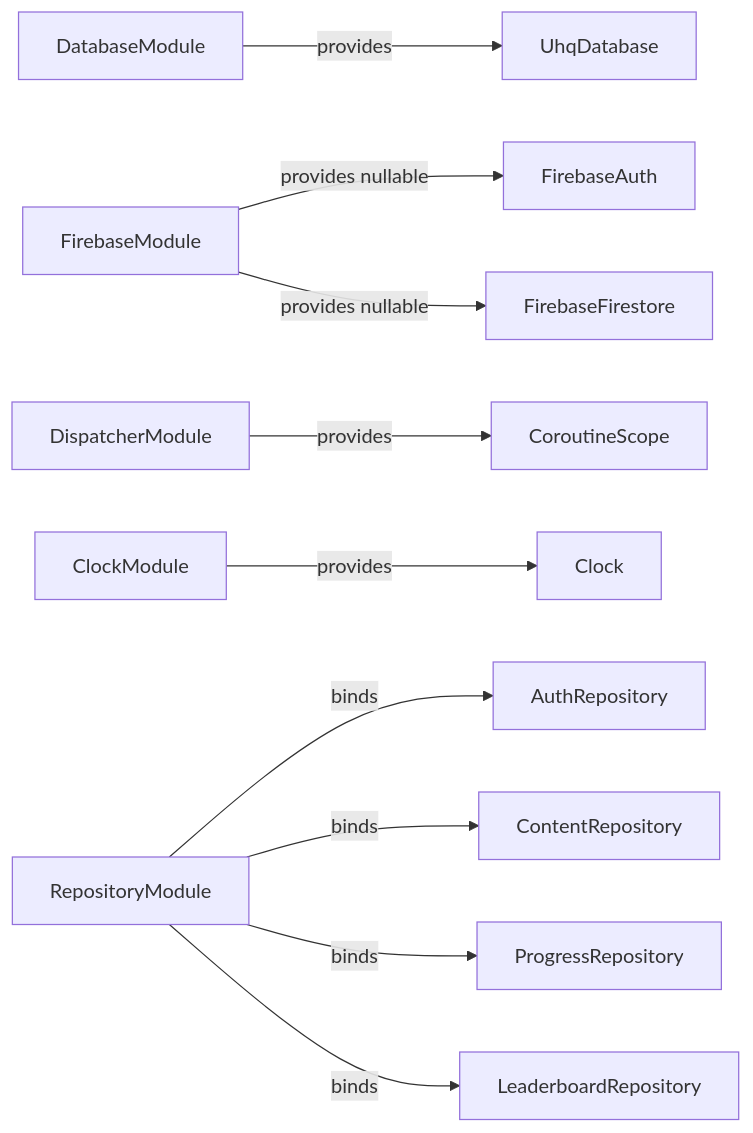
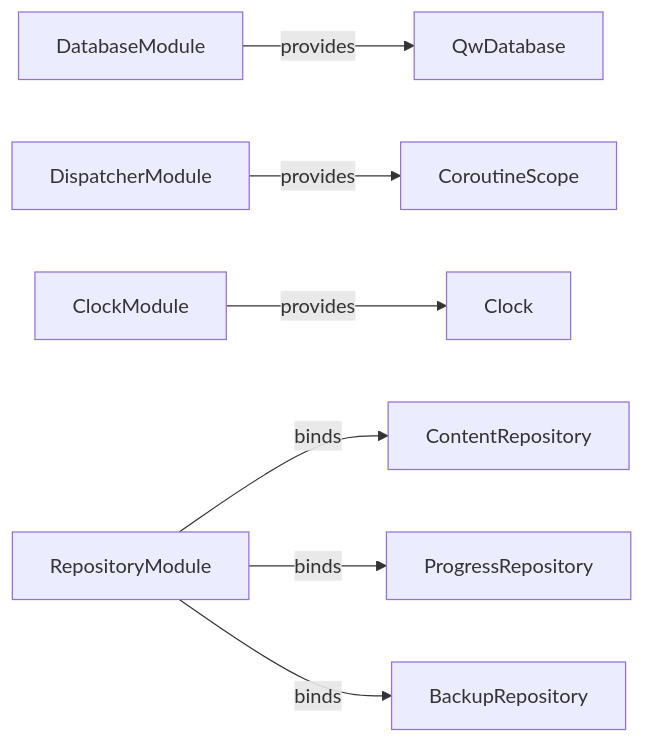
Before and after one commit to deanybytes/QuranicWords: the second of 3 diagrams in docs/ARCHITECTURE.md, drawn with Mermaid. The commit also changed other lines of this file and 44 other files, not shown here.

````diff
--- a/docs/ARCHITECTURE.md
+++ b/docs/ARCHITECTURE.md
@@ -83,12 +82,9 @@
 ```mermaid
 flowchart LR
-    DatabaseModule -->|provides| UhqDatabase
-    FirebaseModule -->|provides nullable| FirebaseAuth
-    FirebaseModule -->|provides nullable| FirebaseFirestore
+    DatabaseModule -->|provides| QwDatabase
     DispatcherModule -->|provides| ApplicationScope["CoroutineScope"]
     ClockModule -->|provides| Clock
-    RepositoryModule -->|binds| AuthRepository
     RepositoryModule -->|binds| ContentRepository
     RepositoryModule -->|binds| ProgressRepository
-    RepositoryModule -->|binds| LeaderboardRepository
+    RepositoryModule -->|binds| BackupRepository
 ```
````
